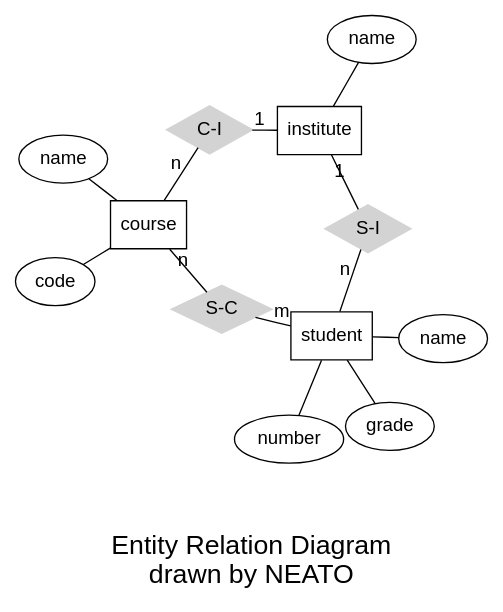
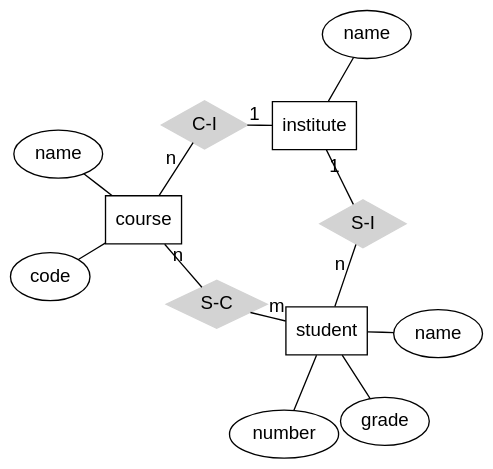
Before and after one commit to lowkeylabs/cmsc408-course-admin: the first of 5 diagrams in guide/er-models/er-diagramming.qmd, drawn with Graphviz. The commit also changed other lines of this file and 61 other files, not shown here.

````diff
--- a/guide/er-models/er-diagramming.qmd
+++ b/guide/er-models/er-diagramming.qmd
@@ -169,29 +127,29 @@
 ```{dot}
 //| echo: false
+//| fig-width: 60%
 graph ER {
 	fontname="Helvetica,Arial,sans-serif"
 	node [fontname="Helvetica,Arial,sans-serif"]
 	edge [fontname="Helvetica,Arial,sans-serif"]
+    bgcolor="transparent"
 	layout=neato
 	node [shape=box]; course; institute; student;
 	node [shape=ellipse]; {node [label="name"] name0; name1; name2;}
 		code; grade; number;
 	node [shape=diamond,style=filled,color=lightgrey]; "C-I"; "S-C"; "S-I";
 
 	name0 -- course;
 	code -- course;
 	course -- "C-I" [label="n",len=1.00];
 	"C-I" -- institute [label="1",len=1.00];
 	institute -- name1;
 	institute -- "S-I" [label="1",len=1.00];
 	"S-I" -- student [label="n",len=1.00];
 	student -- grade;
 	student -- name2;
 	student -- number;
 	student -- "S-C" [label="m",len=1.00];
 	"S-C" -- course [label="n",len=1.00];
-
-	label = "\n\nEntity Relation Diagram\ndrawn by NEATO";
 	fontsize=20;
 }
 ```
````
